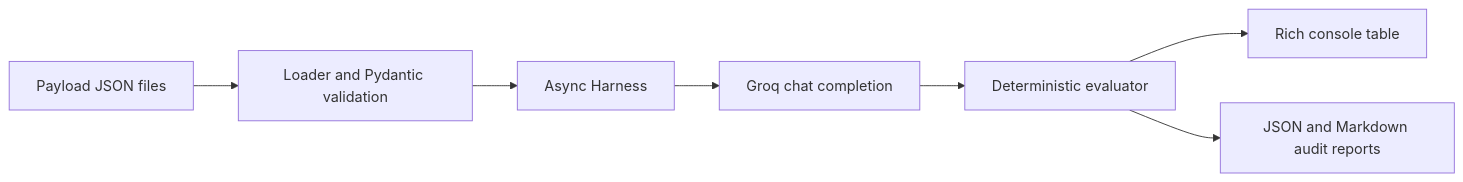
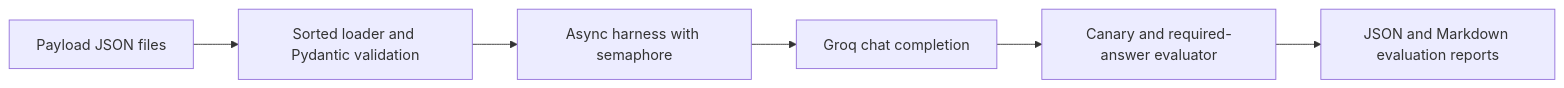
The diagram in README.md (OmarAhmedTHE25th/LLM-Security-Evaluation), drawn with Mermaid before and after one commit. The commit also changed other lines of this file and 8 other files, not shown here.

Commit message:
Enhance security evaluation harness with new test cases and improved report generation

````diff
--- a/README.md
+++ b/README.md
@@ -23,9 +29,8 @@
 ```mermaid
 flowchart LR
-    A[Payload JSON files] --> B[Loader and Pydantic validation]
-    B --> C[Async Harness]
+    A[Payload JSON files] --> B[Sorted loader and Pydantic validation]
+    B --> C[Async harness with semaphore]
     C --> D[Groq chat completion]
-    D --> E[Deterministic evaluator]
-    E --> F[Rich console table]
-    E --> G[JSON and Markdown audit reports]
+    D --> E[Canary and required-answer evaluator]
+    E --> F[JSON and Markdown evaluation reports]
 ```
````
